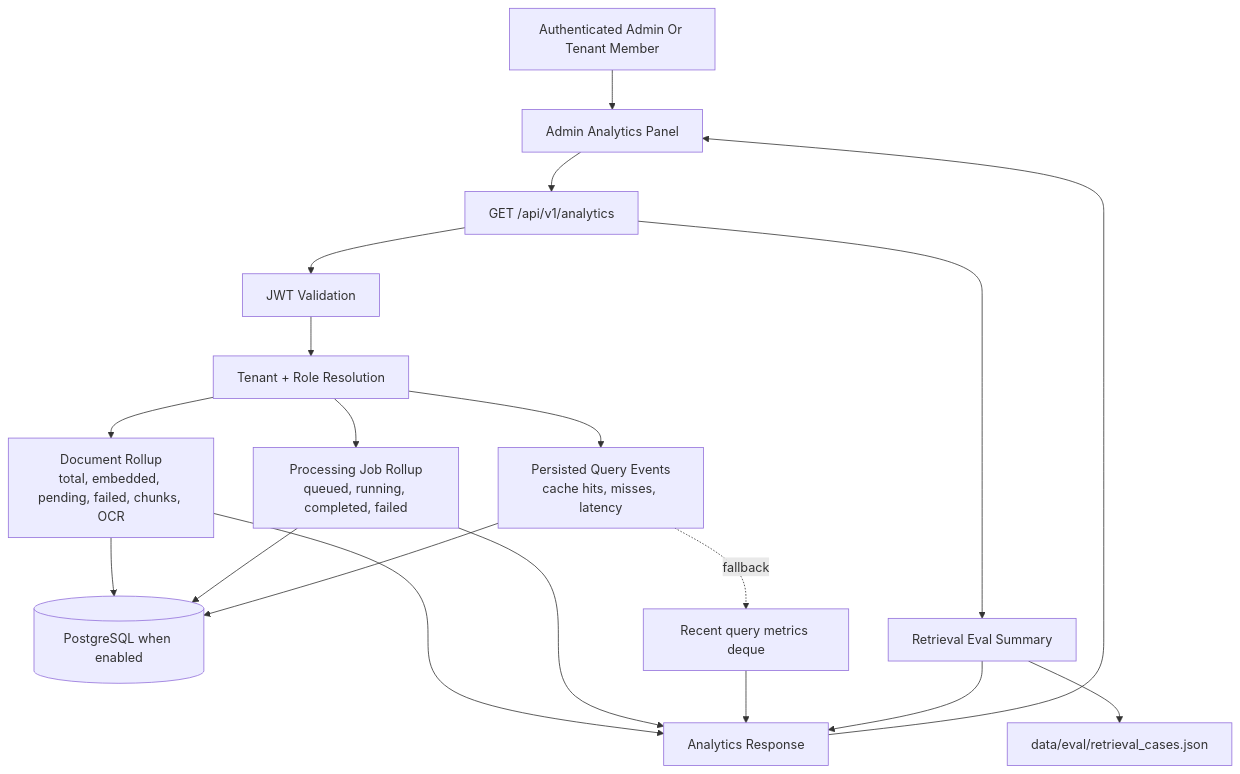
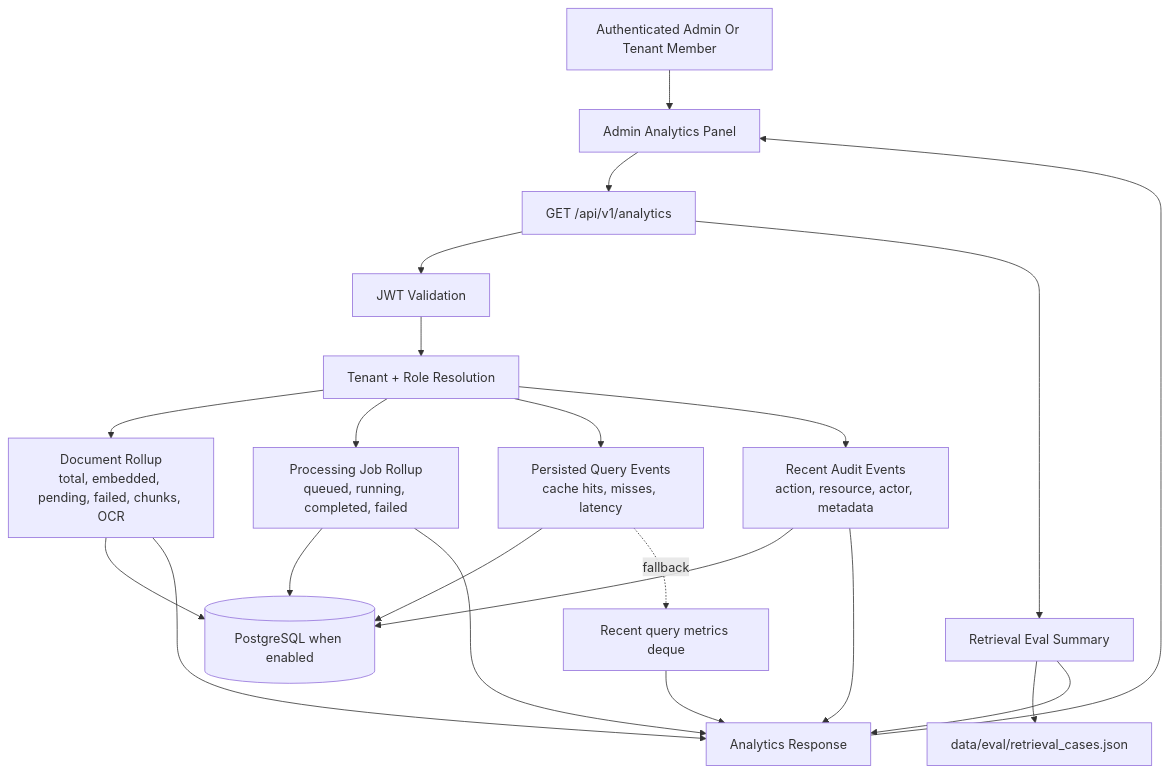
One commit to lnrdwarampudis-git/rag-saas-docs-ingestion-poc changed the fifth of 10 diagrams in docs/flow-diagrams.md. Above: the diagram before and after it, drawn with Mermaid. The commit also changed 8 other files, not shown here.

````diff
--- a/docs/flow-diagrams.md
+++ b/docs/flow-diagrams.md
@@ -117,21 +117,24 @@
 ```mermaid
 flowchart TD
   admin["Authenticated Admin Or Tenant Member"] --> ui["Admin Analytics Panel"]
   ui --> api["GET /api/v1/analytics"]
   api --> auth["JWT Validation"]
   auth --> rbac["Tenant + Role Resolution"]
   rbac --> docs["Document Rollup<br/>total, embedded, pending, failed, chunks, OCR"]
   rbac --> jobs["Processing Job Rollup<br/>queued, running, completed, failed"]
   rbac --> queryEvents["Persisted Query Events<br/>cache hits, misses, latency"]
+  rbac --> auditEvents["Recent Audit Events<br/>action, resource, actor, metadata"]
   docs --> db[("PostgreSQL when enabled")]
   jobs --> db
   queryEvents --> db
+  auditEvents --> db
   queryEvents -. fallback .-> cache["Recent query metrics deque"]
   api --> eval["Retrieval Eval Summary"]
   eval --> dataset["data/eval/retrieval_cases.json"]
   docs --> response["Analytics Response"]
   jobs --> response
   cache --> response
+  auditEvents --> response
   eval --> response
   response --> ui
 ```
````
